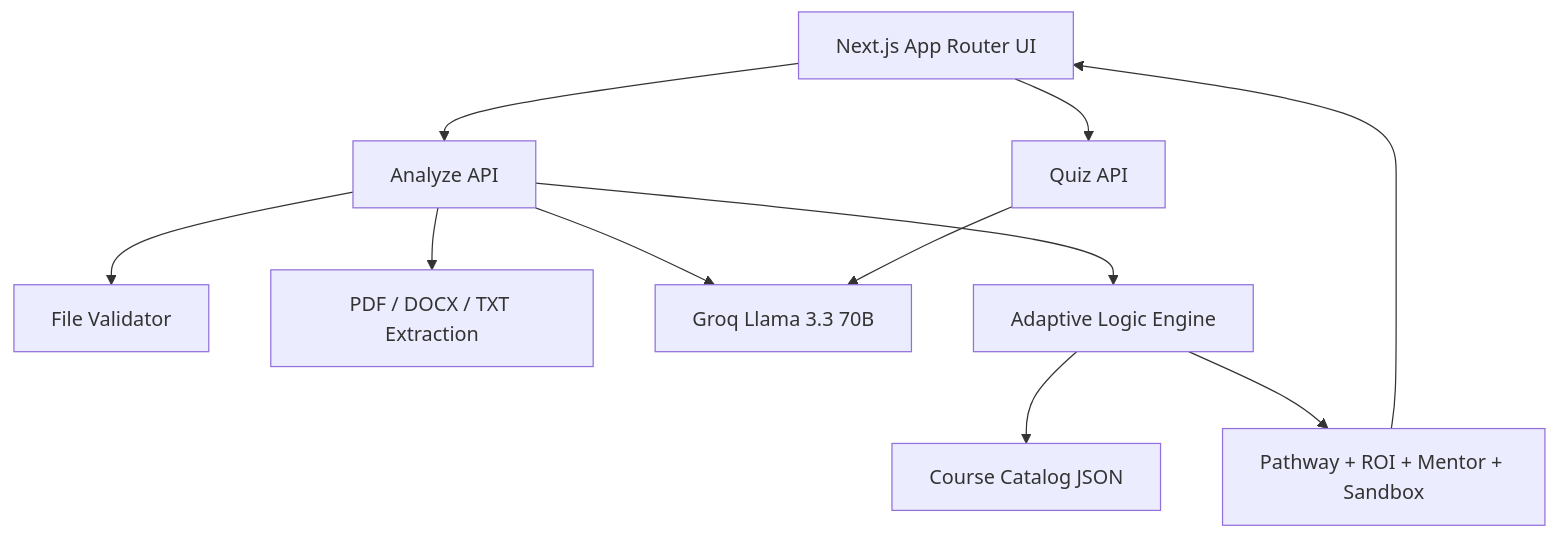
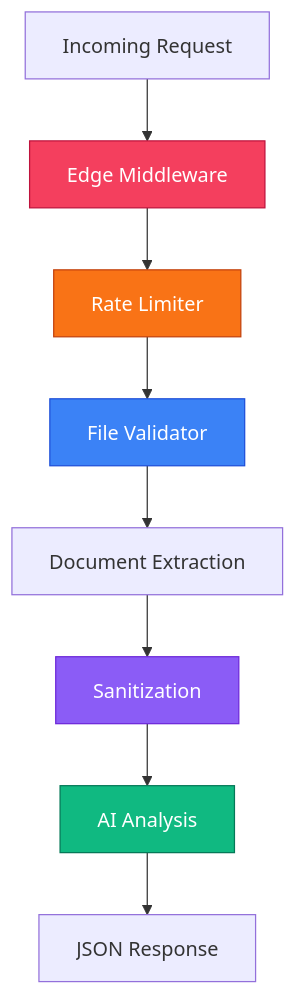
One commit to a-zax/ArtPark_team_monikabhati2005 changed the fourth of 4 diagrams in README.md. Above: the diagram before and after it, drawn with Mermaid. The commit also changed other lines of this file and 2 other files, not shown here.

Commit message:
feat: update README and TEAM_SETUP_GUIDE for clarity and detail; add setup flow diagram

````diff
--- a/README.md
+++ b/README.md
@@ -48,13 +172,16 @@
 ```mermaid
 graph TD
-    UI[Next.js App Router UI] --> ANALYZE[Analyze API]
-    UI --> QUIZ[Quiz API]
-    ANALYZE --> VALIDATE[File Validator]
-    ANALYZE --> PARSE[PDF / DOCX / TXT Extraction]
-    ANALYZE --> LLM[Groq Llama 3.3 70B]
-    ANALYZE --> LOGIC[Adaptive Logic Engine]
-    LOGIC --> CATALOG[Course Catalog JSON]
-    LOGIC --> OUTPUT[Pathway + ROI + Mentor + Sandbox]
-    OUTPUT --> UI
-    QUIZ --> LLM
+    REQ[Incoming Request] --> MW[Edge Middleware]
+    MW --> RATE[Rate Limiter]
+    RATE --> VALIDATE[File Validator]
+    VALIDATE --> EXTRACT[Document Extraction]
+    EXTRACT --> SANITIZE[Sanitization]
+    SANITIZE --> ANALYZE[AI Analysis]
+    ANALYZE --> RESP[JSON Response]
+
+    style MW fill:#f43f5e,stroke:#be123c,color:#fff
+    style RATE fill:#f97316,stroke:#c2410c,color:#fff
+    style VALIDATE fill:#3b82f6,stroke:#1d4ed8,color:#fff
+    style SANITIZE fill:#8b5cf6,stroke:#6d28d9,color:#fff
+    style ANALYZE fill:#10b981,stroke:#047857,color:#fff
 ```
````
